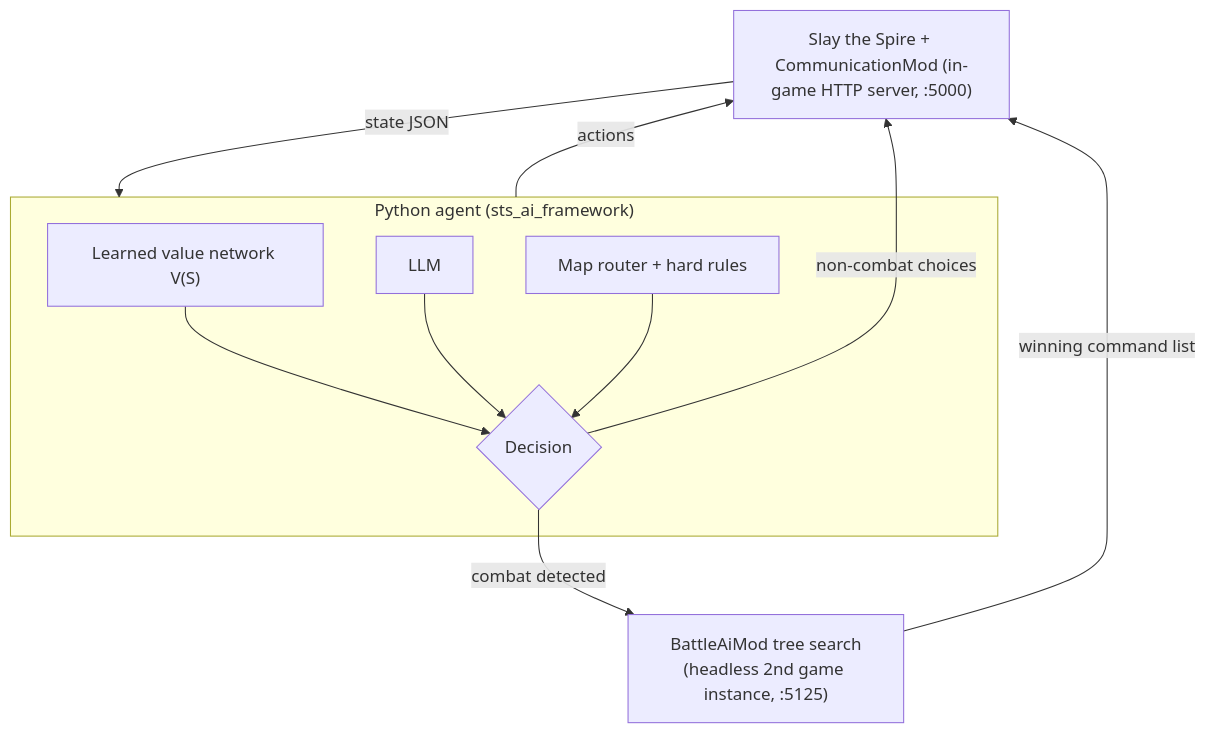
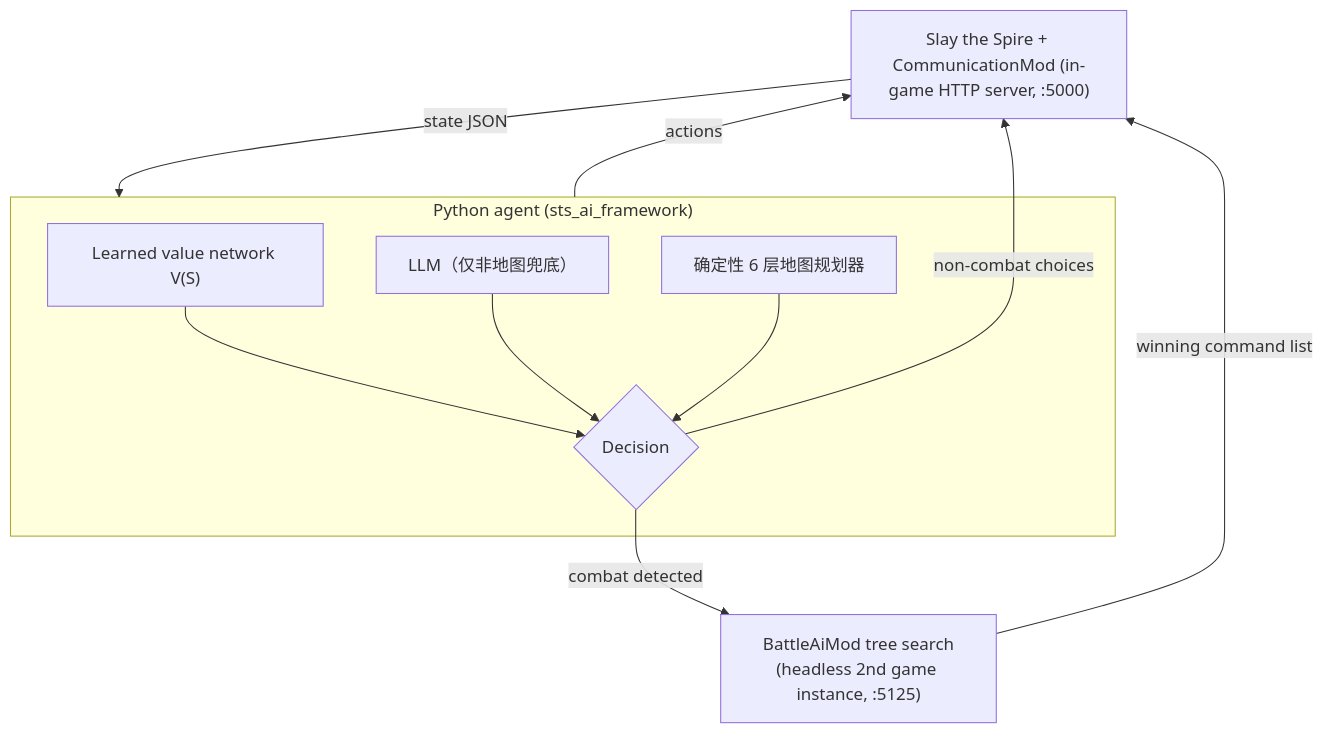
The diagram in README.zh-CN.md (Voyage-for-the-ideal/aiplayspire), drawn with Mermaid before and after one commit. The commit also changed other lines of this file and 74 other files, not shown here.

````diff
--- a/README.zh-CN.md
+++ b/README.zh-CN.md
@@ -23,13 +24,13 @@
 ```mermaid
 flowchart TB
     Game["Slay the Spire + CommunicationMod (in-game HTTP server, :5000)"] -->|state JSON| Agent
     Agent -->|actions| Game
     subgraph Agent["Python agent (sts_ai_framework)"]
         V["Learned value network V(S)"] --> D{"Decision"}
-        LLM["LLM"] --> D
-        R["Map router + hard rules"] --> D
+        LLM["LLM（仅非地图兜底）"] --> D
+        R["确定性 6 层地图规划器"] --> D
     end
     D -->|non-combat choices| Game
     D -->|combat detected| Combat["BattleAiMod tree search<br/>(headless 2nd game instance, :5125)"]
     Combat -->|winning command list| Game
 ```
````
